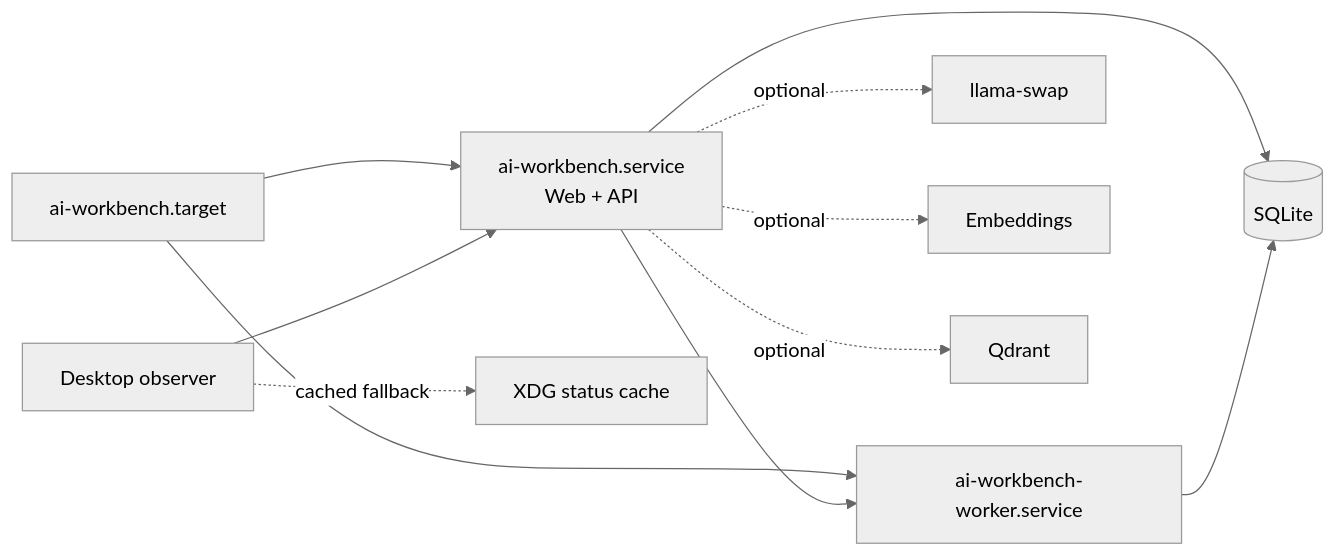
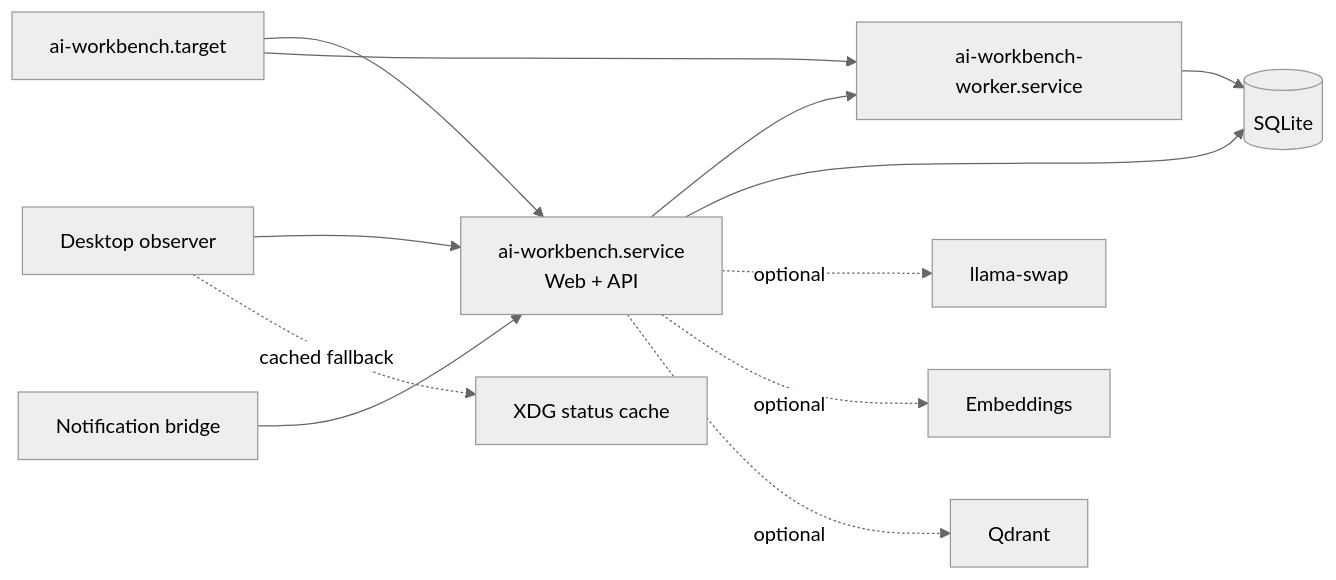
The diagram in docs/RUNTIME_SUPERVISION.md (namikofficial/ai), drawn with Mermaid (neutral theme) before and after one commit. The commit also changed other lines of this file and 13 other files, not shown here.

````diff
--- a/docs/RUNTIME_SUPERVISION.md
+++ b/docs/RUNTIME_SUPERVISION.md
@@ -5,13 +5,14 @@
 ```mermaid
 flowchart LR
   T[ai-workbench.target] --> W[ai-workbench.service\nWeb + API]
   T --> B[ai-workbench-worker.service]
   W --> B
   W --> S[(SQLite)]
   B --> S
   W -. optional .-> L[llama-swap]
   W -. optional .-> E[Embeddings]
   W -. optional .-> Q[Qdrant]
   D[Desktop observer] --> W
+  N[Notification bridge] --> W
   D -. cached fallback .-> C[XDG status cache]
 ```
````
